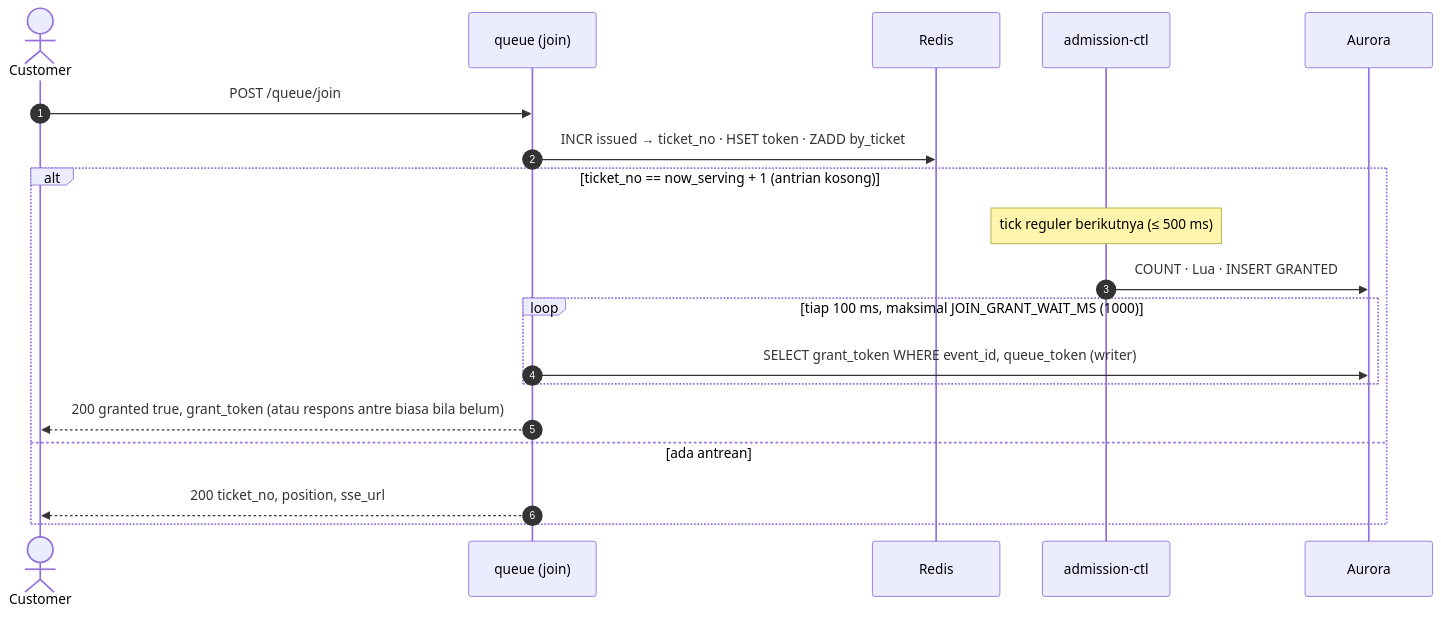
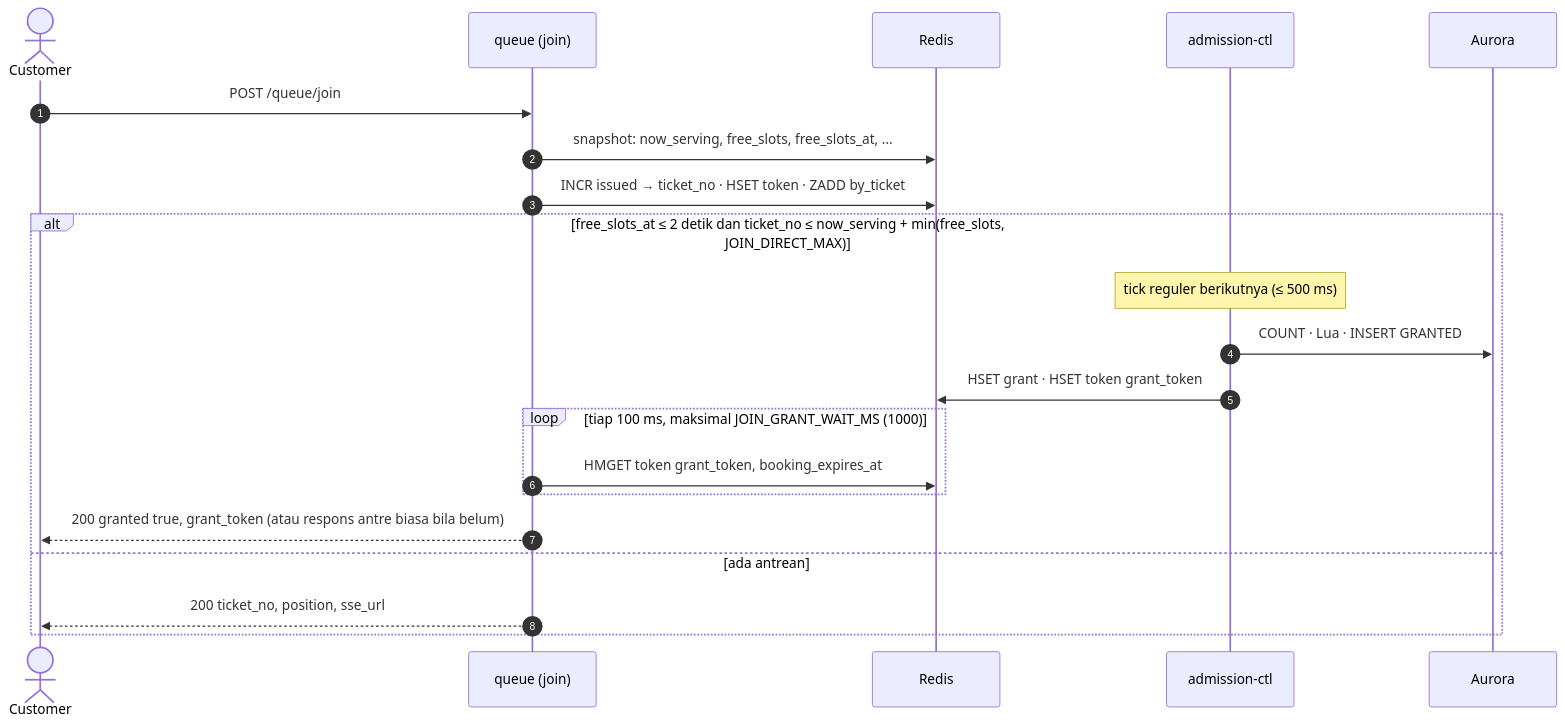
Before and after one commit to PTServerJanganTumbang-BookingTicket/documentations: the third of 3 diagrams in adr/ADR-006-queue-admission-amendments.md, drawn with Mermaid. The commit also changed other lines of this file and 3 other files, not shown here.

Commit message:
[erma] update join queue api to let first N people in directly without queue, update queue status CLOSED to have sold out message

````diff
--- a/adr/ADR-006-queue-admission-amendments.md
+++ b/adr/ADR-006-queue-admission-amendments.md
@@ -307,22 +308,24 @@
 ```mermaid
 sequenceDiagram
     autonumber
     actor C as Customer
     participant Q as queue (join)
     participant R as Redis
     participant CTL as admission-ctl
     participant DB as Aurora
 
     C->>Q: POST /queue/join
+    Q->>R: snapshot: now_serving, free_slots, free_slots_at, ...
     Q->>R: INCR issued → ticket_no · HSET token · ZADD by_ticket
-    alt ticket_no == now_serving + 1 (antrian kosong)
+    alt free_slots_at ≤ 2 detik dan ticket_no ≤ now_serving + min(free_slots, JOIN_DIRECT_MAX)
         Note over CTL: tick reguler berikutnya (≤ 500 ms)
         CTL->>DB: COUNT · Lua · INSERT GRANTED
+        CTL->>R: HSET grant · HSET token grant_token
         loop tiap 100 ms, maksimal JOIN_GRANT_WAIT_MS (1000)
-            Q->>DB: SELECT grant_token WHERE event_id, queue_token (writer)
+            Q->>R: HMGET token grant_token, booking_expires_at
         end
         Q-->>C: 200 granted true, grant_token (atau respons antre biasa bila belum)
     else ada antrean
         Q-->>C: 200 ticket_no, position, sse_url
     end
 ```
````
